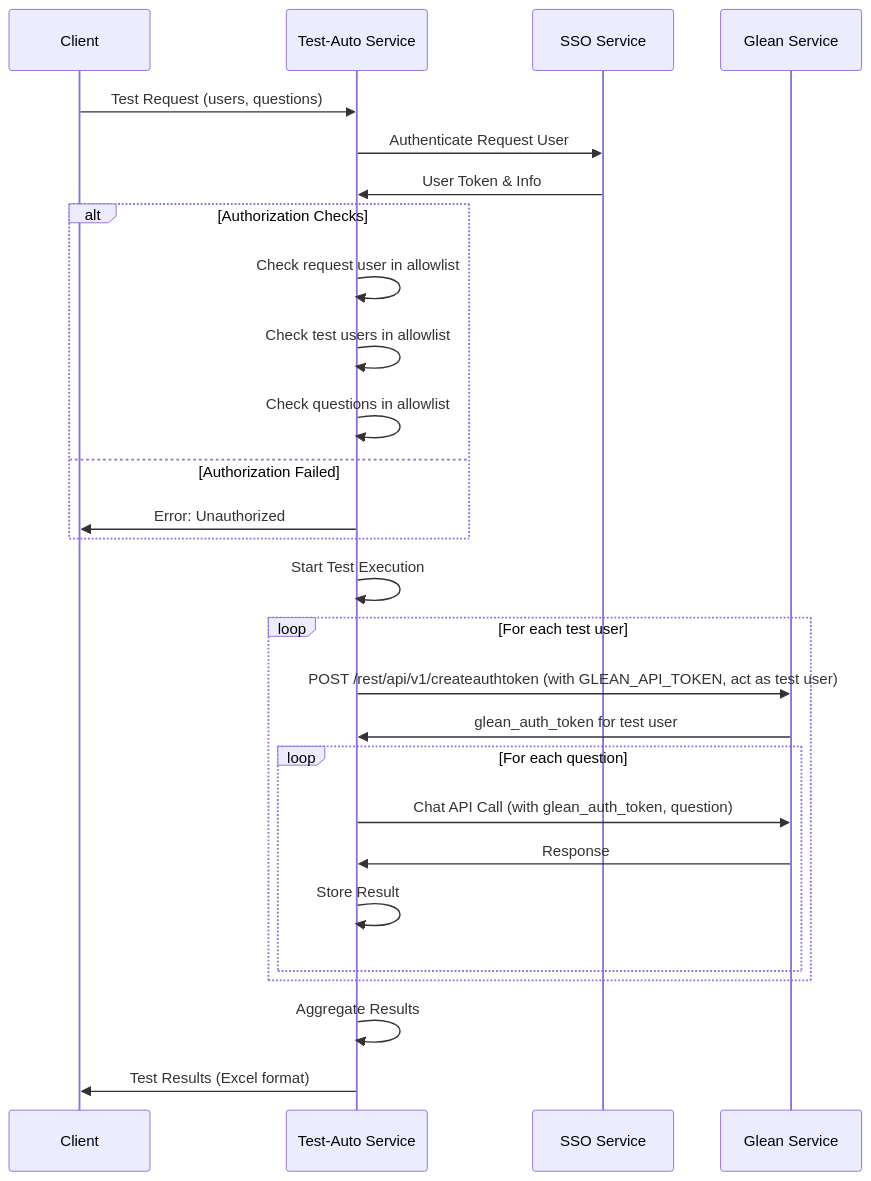
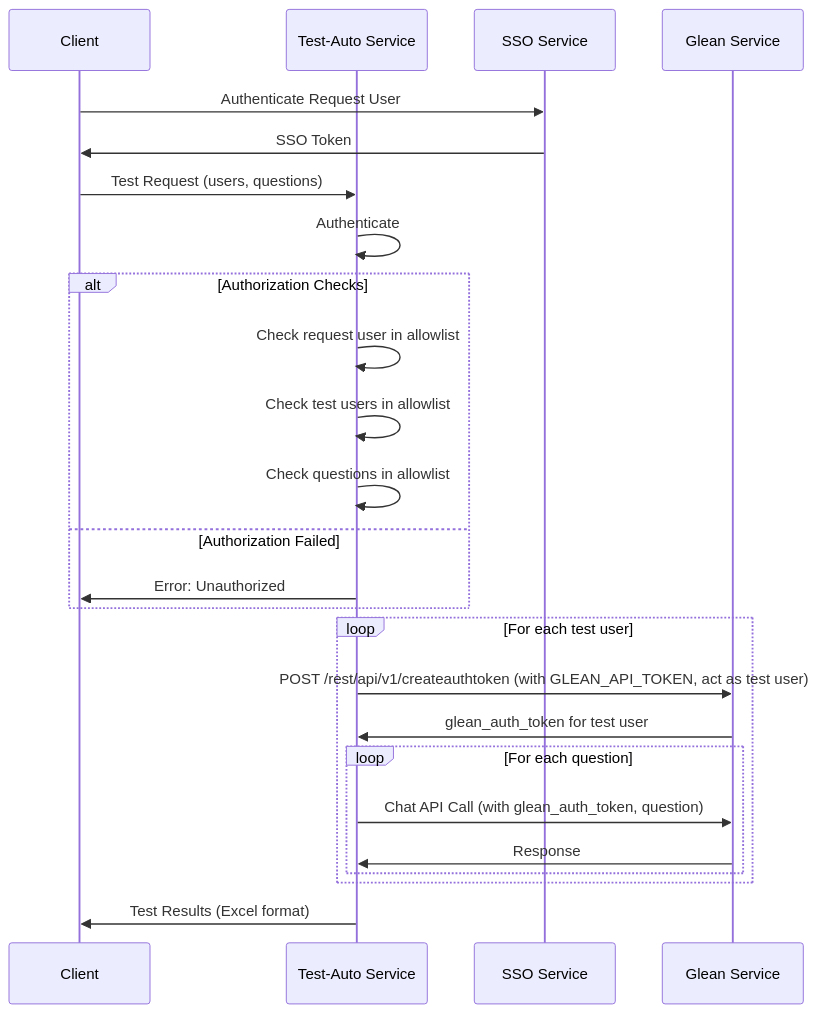
One commit to andrewhzy/test-automation changed the second of 2 diagrams in test-automation-architecture.md. Above: the diagram before and after it, drawn with Mermaid. The commit also changed other lines of this file, not shown here.

````diff
--- a/test-automation-architecture.md
+++ b/test-automation-architecture.md
@@ -87,34 +47,30 @@
 ```mermaid
 sequenceDiagram
     participant C as Client
     participant TA as Test-Auto Service
     participant SSO as SSO Service
     participant G as Glean Service
     
+    C->>SSO: Authenticate Request User
+    SSO->>C: SSO Token
     C->>TA: Test Request (users, questions)
-    TA->>SSO: Authenticate Request User
-    SSO->>TA: User Token & Info
+    TA->>TA: Authenticate
     
     alt Authorization Checks
         TA->>TA: Check request user in allowlist
         TA->>TA: Check test users in allowlist
         TA->>TA: Check questions in allowlist
     else Authorization Failed
         TA->>C: Error: Unauthorized
     end
     
-    TA->>TA: Start Test Execution
-    
     loop For each test user
         TA->>G: POST /rest/api/v1/createauthtoken (with GLEAN_API_TOKEN, act as test user)
         G->>TA: glean_auth_token for test user
         loop For each question
             TA->>G: Chat API Call (with glean_auth_token, question)
             G->>TA: Response
-            TA->>TA: Store Result
         end
     end
-    
-    TA->>TA: Aggregate Results
     TA->>C: Test Results (Excel format)
 ```
````
